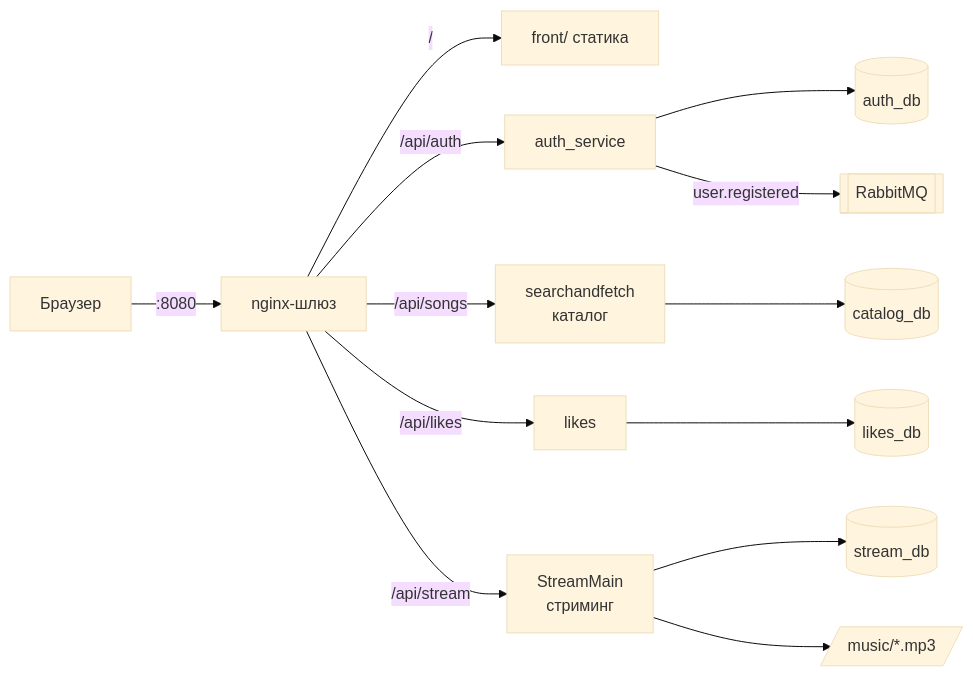
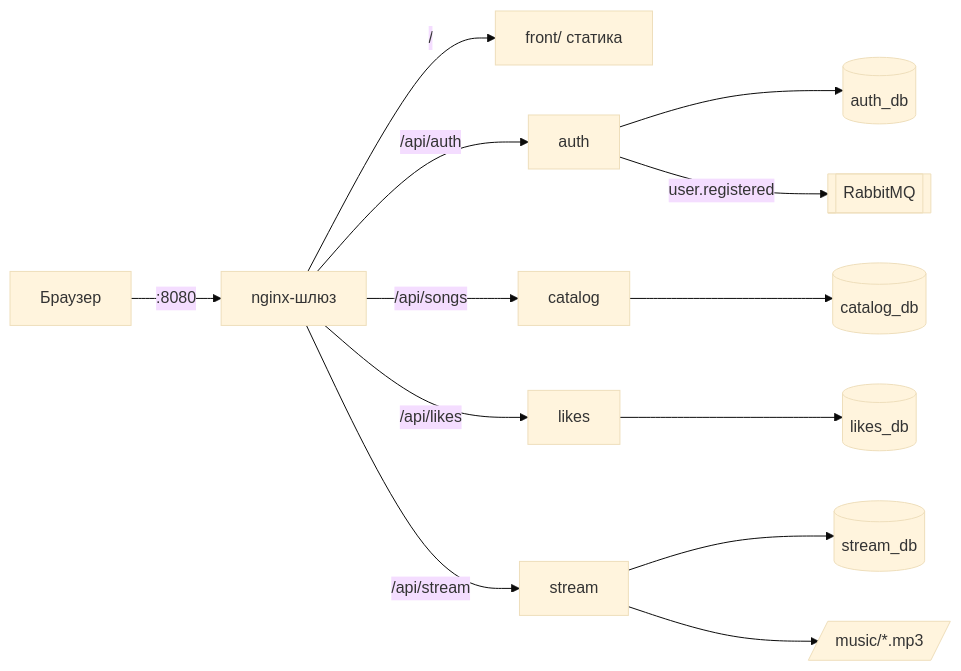
Before and after one commit to egors-prof/StreamingPlayerProject: the diagram in README.md, drawn with Mermaid (base theme). The commit also changed other lines of this file and 152 other files, not shown here.

````diff
--- a/README.md
+++ b/README.md
@@ -33,15 +33,15 @@
 ```mermaid
 flowchart LR
     B[Браузер] -->|":8080"| G[nginx-шлюз]
     G -->|"/"| F[front/ статика]
-    G -->|"/api/auth"| A[auth_service]
-    G -->|"/api/songs"| C[searchandfetch<br/>каталог]
+    G -->|"/api/auth"| A[auth]
+    G -->|"/api/songs"| C[catalog]
     G -->|"/api/likes"| L[likes]
-    G -->|"/api/stream"| S[StreamMain<br/>стриминг]
+    G -->|"/api/stream"| S[stream]
     A --> PA[(auth_db)]
     C --> PC[(catalog_db)]
     L --> PL[(likes_db)]
     S --> PS[(stream_db)]
     S --> M[/music/*.mp3/]
     A -->|user.registered| R[[RabbitMQ]]
 ```
````
